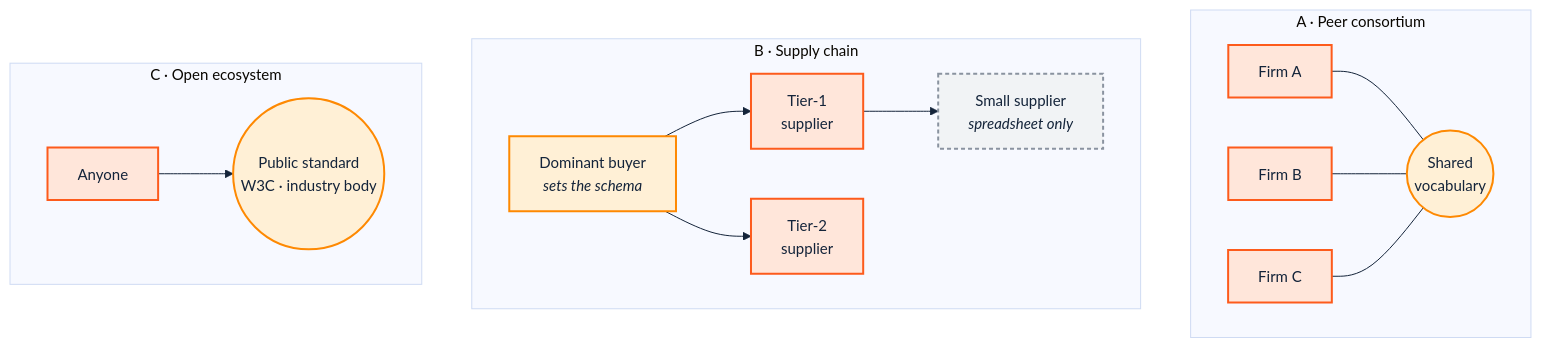
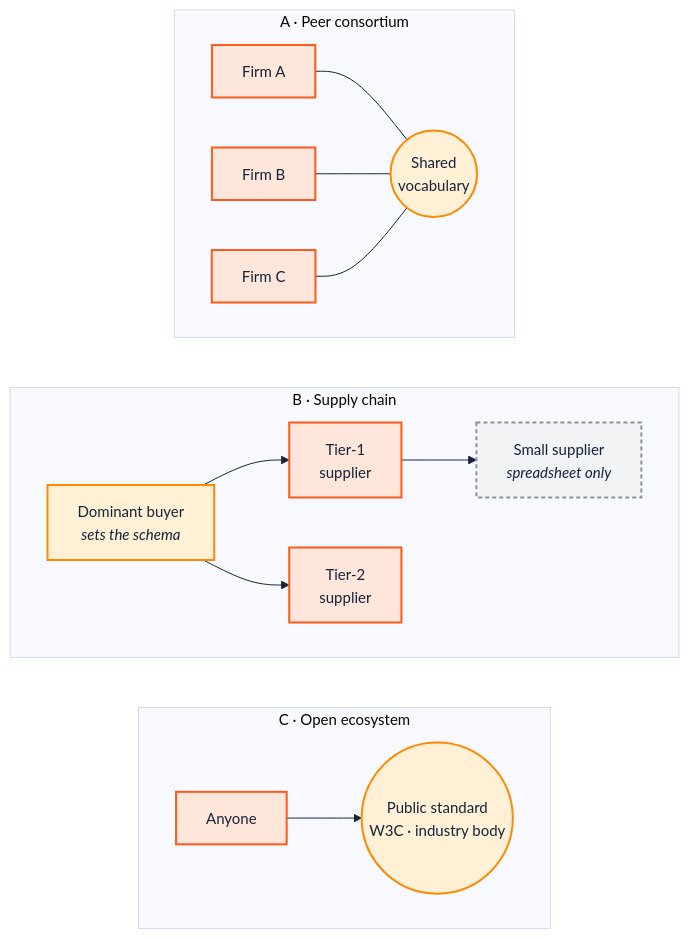
One commit to pwin/SemOpsManual changed the first of 2 diagrams in docs/03-across-the-boundary.md. Above: the diagram before and after it, drawn with Mermaid. The commit also changed other lines of this file and 23 other files, not shown here.

````diff
--- a/docs/03-across-the-boundary.md
+++ b/docs/03-across-the-boundary.md
@@ -39,30 +39,33 @@
 ```mermaid
 %%{init: {'theme':'base','themeVariables':{
   'fontSize':'15px','fontFamily':'Segoe UI, Helvetica, Arial, sans-serif',
-  'lineColor':'#14243A','primaryTextColor':'#14243A'}}}%%
+  'lineColor':'#14243A','primaryTextColor':'#14243A',
+  'edgeLabelBackground':'#FFFFFF'}}}%%
 flowchart TD
     subgraph PEER["A · Peer consortium"]
         P1["Firm A"] --- P0(("Shared<br/>vocabulary"))
         P2["Firm B"] --- P0
         P3["Firm C"] --- P0
     end
 
     subgraph CHAIN["B · Supply chain"]
         H["Dominant buyer<br/><i>sets the schema</i>"]
         H --> S1["Tier-1<br/>supplier"]
         H --> S2["Tier-2<br/>supplier"]
         S1 --> S3["Small supplier<br/><i>spreadsheet only</i>"]
     end
 
     subgraph OPEN["C · Open ecosystem"]
         O0(("Public standard<br/>W3C · industry body"))
         O1["Anyone"] --> O0
     end
 
+    PEER ~~~ CHAIN ~~~ OPEN
+
     classDef human fill:#FFE6DA,stroke:#FD5B1C,stroke-width:2px,color:#14243A;
     classDef govern fill:#FFF0D6,stroke:#FE8902,stroke-width:2px,color:#14243A;
     classDef gap fill:#F1F3F5,stroke:#8A93A0,stroke-width:2px,color:#14243A,stroke-dasharray:4 3;
     class P1,P2,P3,S1,S2,O1 human;
     class P0,H,O0 govern;
     class S3 gap;
 ```
````
